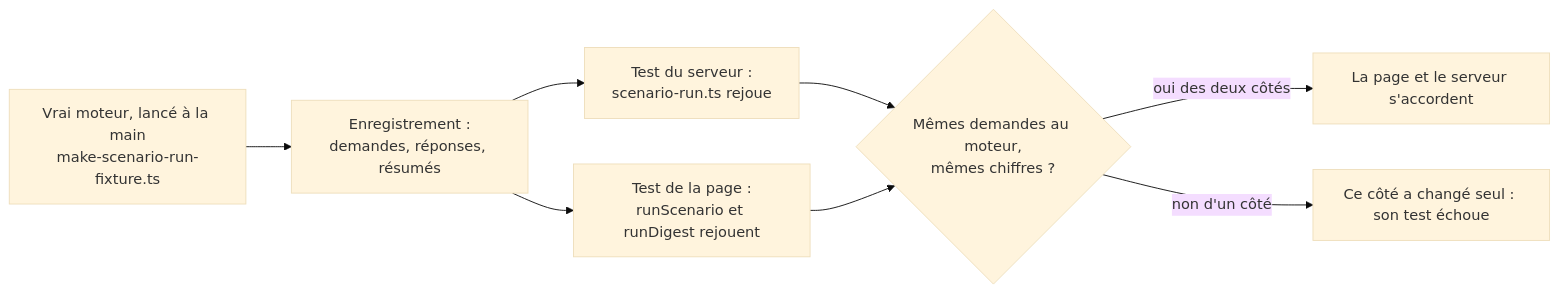
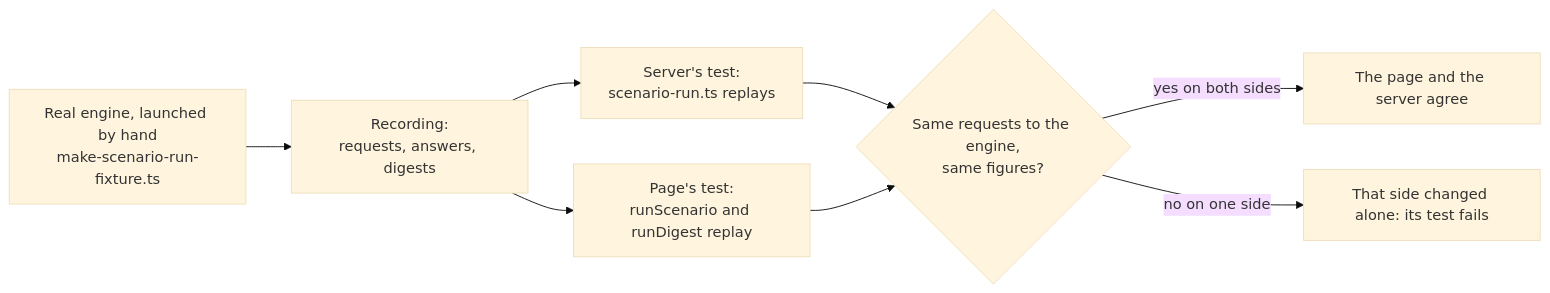
Before and after one commit to V1ktor7/obscyro: the fifth of 30 diagrams in frontend/content/docs/product/algorithms.md, drawn with Mermaid (base theme). The commit also changed other lines of this file and 15 other files, not shown here.

````diff
--- a/frontend/content/docs/product/algorithms.md
+++ b/frontend/content/docs/product/algorithms.md
@@ -216,10 +217,10 @@
 ```mermaid
 flowchart LR
-    M["Vrai moteur, lancé à la main<br/>make-scenario-run-fixture.ts"] --> F["Enregistrement :<br/>demandes, réponses, résumés"]
-    F --> TS["Test du serveur :<br/>scenario-run.ts rejoue"]
-    F --> TP["Test de la page :<br/>runScenario et runDigest rejouent"]
-    TS --> Q{"Mêmes demandes au moteur,<br/>mêmes chiffres ?"}
+    M["Real engine, launched by hand<br/>make-scenario-run-fixture.ts"] --> F["Recording:<br/>requests, answers, digests"]
+    F --> TS["Server's test:<br/>scenario-run.ts replays"]
+    F --> TP["Page's test:<br/>runScenario and runDigest replay"]
+    TS --> Q{"Same requests to the engine,<br/>same figures?"}
     TP --> Q
-    Q -->|"oui des deux côtés"| OK["La page et le serveur s'accordent"]
-    Q -->|"non d'un côté"| KO["Ce côté a changé seul : son test échoue"]
+    Q -->|"yes on both sides"| OK["The page and the server agree"]
+    Q -->|"no on one side"| KO["That side changed alone: its test fails"]
 ```
````
